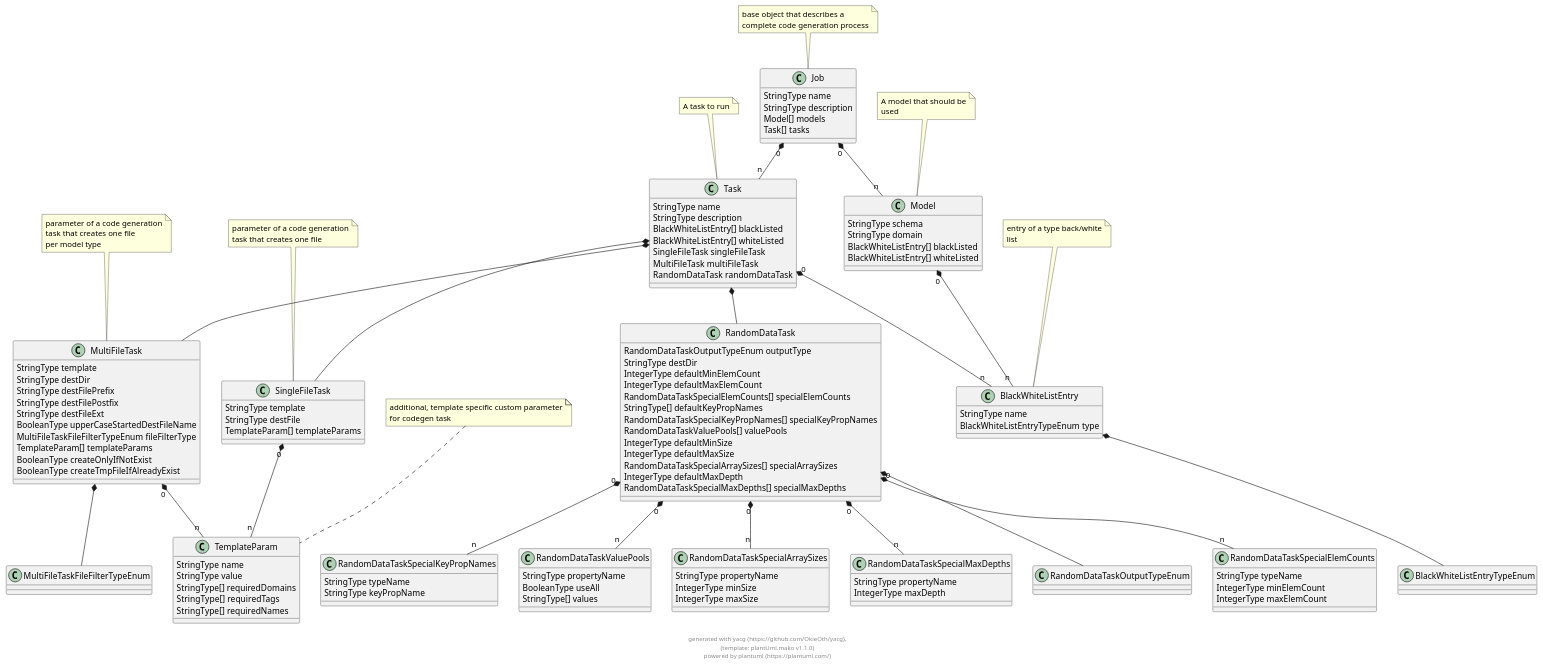
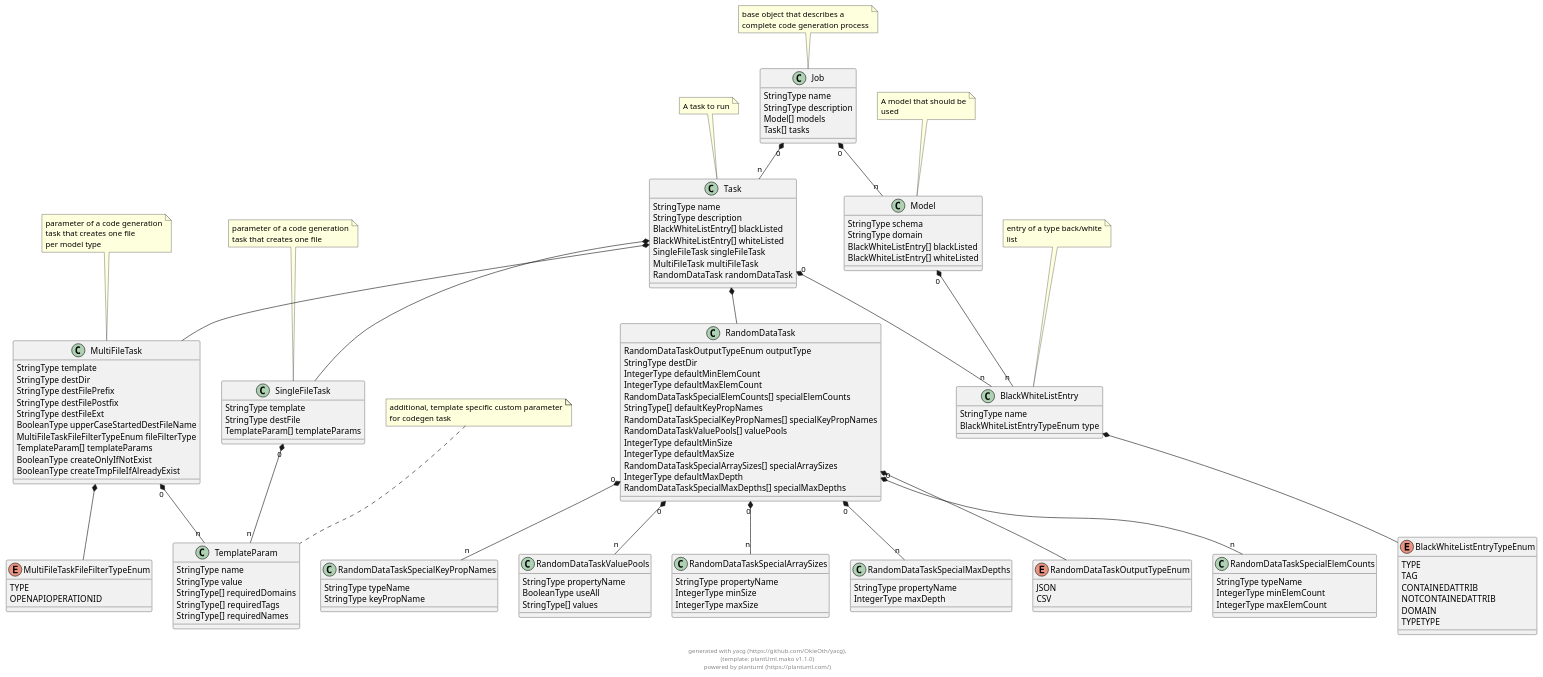
Before and after one commit to OkieOth/yacg: the diagram in docs/puml/yacg_config_schema.puml, drawn with PlantUML. The commit also changed 11 other files, not shown here.

Commit message:
improve generate random data from command line

```diff
--- a/docs/puml/yacg_config_schema.puml
+++ b/docs/puml/yacg_config_schema.puml
@@ -2,188 +2,198 @@
 @startuml
 
 class Job {
-    StringType name 
-    StringType description 
-    Model[] models 
-    Task[] tasks 
+        StringType name 
+        StringType description 
+        Model[] models 
+        Task[] tasks 
 }
- 
+
 note top: base object that describes a\ncomplete code generation process
 
 class Model {
-    StringType schema 
-    StringType domain 
-    BlackWhiteListEntry[] blackListed 
-    BlackWhiteListEntry[] whiteListed 
+        StringType schema 
+        StringType domain 
+        BlackWhiteListEntry[] blackListed 
+        BlackWhiteListEntry[] whiteListed 
 }
- 
+
 note top: A model that should be\nused
 
 class Task {
-    StringType name 
-    StringType description 
-    BlackWhiteListEntry[] blackListed 
-    BlackWhiteListEntry[] whiteListed 
-    SingleFileTask singleFileTask 
-    MultiFileTask multiFileTask 
-    RandomDataTask randomDataTask 
+        StringType name 
+        StringType description 
+        BlackWhiteListEntry[] blackListed 
+        BlackWhiteListEntry[] whiteListed 
+        SingleFileTask singleFileTask 
+        MultiFileTask multiFileTask 
+        RandomDataTask randomDataTask 
 }
- 
+
 note top: A task to run
 
 class BlackWhiteListEntry {
-    StringType name 
-    BlackWhiteListEntryTypeEnum type 
+        StringType name 
+        BlackWhiteListEntryTypeEnum type 
 }
- 
+
 note top: entry of a type back/white\nlist
 
-class BlackWhiteListEntryTypeEnum {
+enum BlackWhiteListEntryTypeEnum {
+    TYPE
+    TAG
+    CONTAINEDATTRIB
+    NOTCONTAINEDATTRIB
+    DOMAIN
+    TYPETYPE
 }
- 
+
 
 class SingleFileTask {
-    StringType template 
-    StringType destFile 
-    TemplateParam[] templateParams 
+        StringType template 
+        StringType destFile 
+        TemplateParam[] templateParams 
 }
- 
+
 note top: parameter of a code generation\ntask that creates one file
 
 class TemplateParam {
-    StringType name 
-    StringType value 
-    StringType[] requiredDomains 
-    StringType[] requiredTags 
-    StringType[] requiredNames 
+        StringType name 
+        StringType value 
+        StringType[] requiredDomains 
+        StringType[] requiredTags 
+        StringType[] requiredNames 
 }
- 
+
 note top: additional, template specific custom parameter\nfor codegen task
 
 class MultiFileTask {
-    StringType template 
-    StringType destDir 
-    StringType destFilePrefix 
-    StringType destFilePostfix 
-    StringType destFileExt 
-    BooleanType upperCaseStartedDestFileName 
-    MultiFileTaskFileFilterTypeEnum fileFilterType 
-    TemplateParam[] templateParams 
-    BooleanType createOnlyIfNotExist 
-    BooleanType createTmpFileIfAlreadyExist 
+        StringType template 
+        StringType destDir 
+        StringType destFilePrefix 
+        StringType destFilePostfix 
+        StringType destFileExt 
+        BooleanType upperCaseStartedDestFileName 
+        MultiFileTaskFileFilterTypeEnum fileFilterType 
+        TemplateParam[] templateParams 
+        BooleanType createOnlyIfNotExist 
+        BooleanType createTmpFileIfAlreadyExist 
 }
- 
+
 note top: parameter of a code generation\ntask that creates one file\nper model type
 
-class MultiFileTaskFileFilterTypeEnum {
+enum MultiFileTaskFileFilterTypeEnum {
+    TYPE
+    OPENAPIOPERATIONID
 }
- 
+
 
 class RandomDataTask {
-    RandomDataTaskOutputTypeEnum outputType 
-    StringType destDir 
-    IntegerType defaultMinElemCount 
-    IntegerType defaultMaxElemCount 
-    RandomDataTaskSpecialElemCounts[] specialElemCounts 
-    StringType[] defaultKeyPropNames 
-    RandomDataTaskSpecialKeyPropNames[] specialKeyPropNames 
-    RandomDataTaskValuePools[] valuePools 
-    IntegerType defaultMinSize 
-    IntegerType defaultMaxSize 
-    RandomDataTaskSpecialArraySizes[] specialArraySizes 
-    IntegerType defaultMaxDepth 
-    RandomDataTaskSpecialMaxDepths[] specialMaxDepths 
+        RandomDataTaskOutputTypeEnum outputType 
+        StringType destDir 
+        IntegerType defaultMinElemCount 
+        IntegerType defaultMaxElemCount 
+        RandomDataTaskSpecialElemCounts[] specialElemCounts 
+        StringType[] defaultKeyPropNames 
+        RandomDataTaskSpecialKeyPropNames[] specialKeyPropNames 
+        RandomDataTaskValuePools[] valuePools 
+        IntegerType defaultMinSize 
+        IntegerType defaultMaxSize 
+        RandomDataTaskSpecialArraySizes[] specialArraySizes 
+        IntegerType defaultMaxDepth 
+        RandomDataTaskSpecialMaxDepths[] specialMaxDepths 
 }
- 
 
-class RandomDataTaskOutputTypeEnum {
+
+enum RandomDataTaskOutputTypeEnum {
+    JSON
+    CSV
 }
- 
+
 
 class RandomDataTaskSpecialElemCounts {
-    StringType typeName 
-    IntegerType minElemCount 
-    IntegerType maxElemCount 
+        StringType typeName 
+        IntegerType minElemCount 
+        IntegerType maxElemCount 
 }
- 
+
 
 class RandomDataTaskSpecialKeyPropNames {
-    StringType typeName 
-    StringType keyPropName 
+        StringType typeName 
+        StringType keyPropName 
 }
- 
+
 
 class RandomDataTaskValuePools {
-    StringType propertyName 
-    BooleanType useAll 
-    StringType[] values 
+        StringType propertyName 
+        BooleanType useAll 
+        StringType[] values 
 }
- 
+
 
 class RandomDataTaskSpecialArraySizes {
-    StringType propertyName 
-    IntegerType minSize 
-    IntegerType maxSize 
+        StringType propertyName 
+        IntegerType minSize 
+        IntegerType maxSize 
 }
- 
+
 
 class RandomDataTaskSpecialMaxDepths {
-    StringType propertyName 
-    IntegerType maxDepth 
+        StringType propertyName 
+        IntegerType maxDepth 
 }
- 
+
 
 
     
 Job "0" *-- "n" Model        
             
 Job "0" *-- "n" Task        
             
     
 Model "0" *-- "n" BlackWhiteListEntry        
             
     
 Task "0" *-- "n" BlackWhiteListEntry        
             
 Task  *--  SingleFileTask        
             
 Task  *--  MultiFileTask        
             
 Task  *--  RandomDataTask        
             
     
 BlackWhiteListEntry  *--  BlackWhiteListEntryTypeEnum        
             
     
     
 SingleFileTask "0" *-- "n" TemplateParam        
             
     
     
 MultiFileTask  *--  MultiFileTaskFileFilterTypeEnum        
             
 MultiFileTask "0" *-- "n" TemplateParam        
             
     
     
 RandomDataTask  *--  RandomDataTaskOutputTypeEnum        
             
 RandomDataTask "0" *-- "n" RandomDataTaskSpecialElemCounts        
             
 RandomDataTask "0" *-- "n" RandomDataTaskSpecialKeyPropNames        
             
 RandomDataTask "0" *-- "n" RandomDataTaskValuePools        
             
 RandomDataTask "0" *-- "n" RandomDataTaskSpecialArraySizes        
             
 RandomDataTask "0" *-- "n" RandomDataTaskSpecialMaxDepths        
             
     
     
     
     
     
     
 
 footer \ngenerated with yacg (https://github.com/OkieOth/yacg),\n(template: plantUml.mako v1.1.0)\npowered by plantuml (https://plantuml.com/)
 @enduml
```
